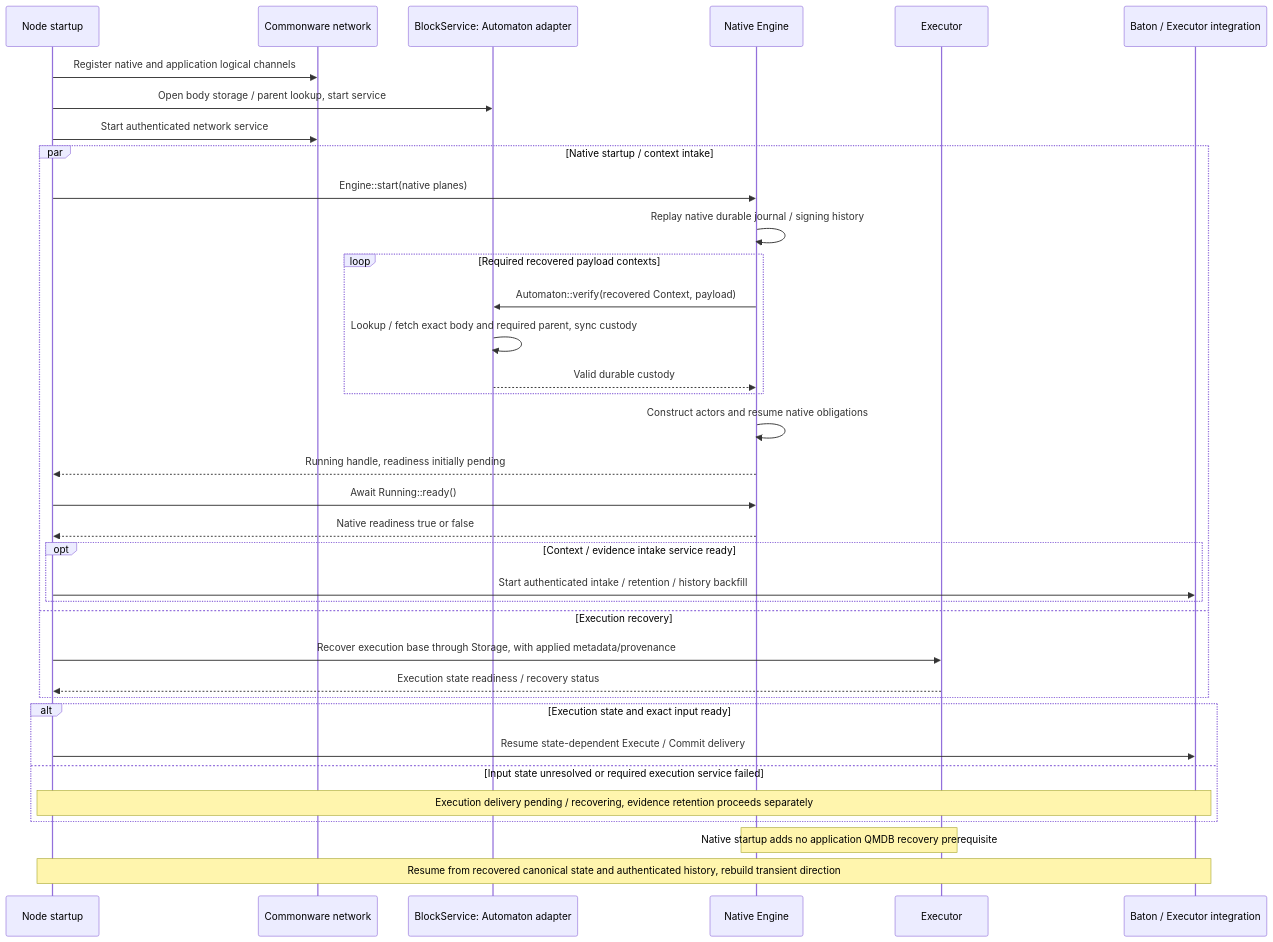
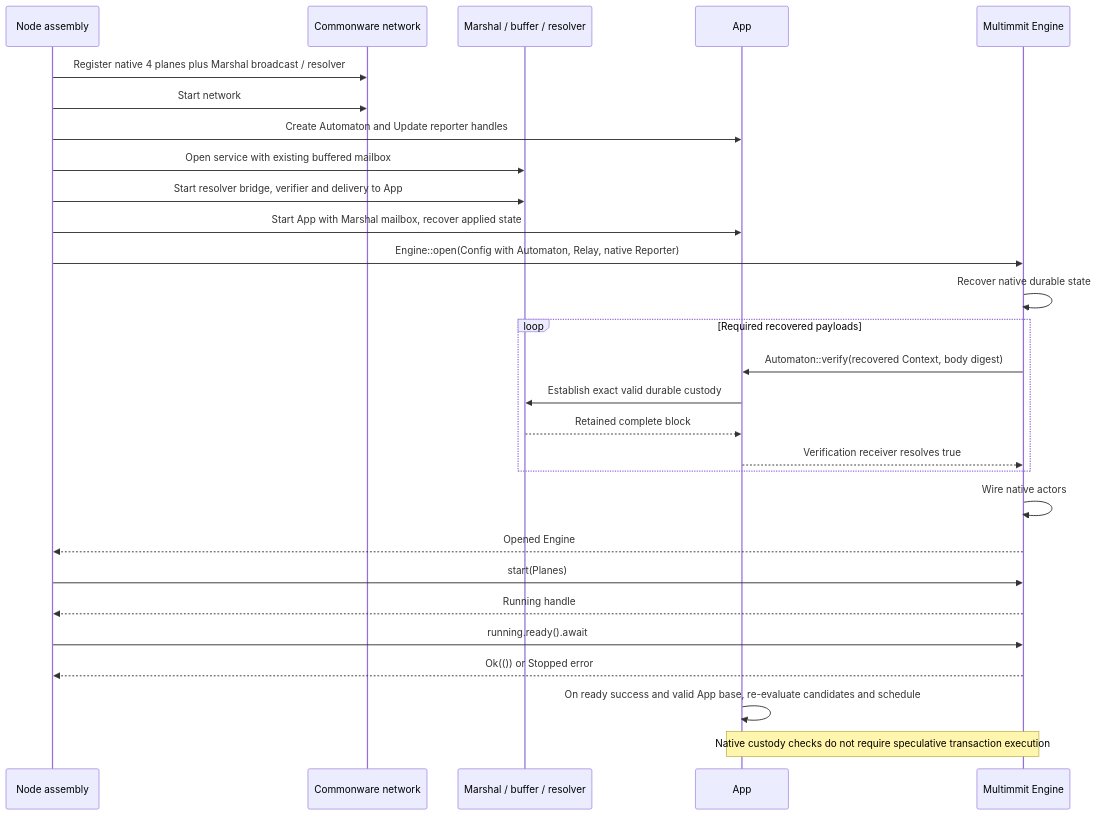
Before and after one commit to djm07073/baton-research: the first of 2 diagrams in docs/e2e/recovery.md, drawn with Mermaid. The commit also changed other lines of this file and 292 other files, not shown here.

Commit message:
docs: redesign Baton around App-owned scheduling

````diff
--- a/docs/e2e/recovery.md
+++ b/docs/e2e/recovery.md
@@ -7,38 +9,30 @@
 ```mermaid
 sequenceDiagram
-    participant S as Node startup
+    participant O as Node assembly
     participant W as Commonware network
-    participant A as BlockService: Automaton adapter
-    participant N as Native Engine
-    participant E as Executor
-    participant B as Baton / Executor integration
-    S->>W: Register native and application logical channels
-    S->>A: Open body storage / parent lookup, start service
-    S->>W: Start authenticated network service
-    par Native startup / context intake
-        S->>N: Engine::start(native planes)
-        N->>N: Replay native durable journal / signing history
-        loop Required recovered payload contexts
-            N->>A: Automaton::verify(recovered Context, payload)
-            A->>A: Lookup / fetch exact body and required parent, sync custody
-            A-->>N: Valid durable custody
-        end
-        N->>N: Construct actors and resume native obligations
-        N-->>S: Running handle, readiness initially pending
-        S->>N: Await Running::ready()
-        N-->>S: Native readiness true or false
-        opt Context / evidence intake service ready
-            S->>B: Start authenticated intake / retention / history backfill
-        end
-    and Execution recovery
-        S->>E: Recover execution base through Storage, with applied metadata/provenance
-        E-->>S: Execution state readiness / recovery status
+    participant M as Marshal / buffer / resolver
+    participant A as App
+    participant N as Multimmit Engine
+    O->>W: Register native 4 planes plus Marshal broadcast / resolver
+    O->>W: Start network
+    O->>A: Create Automaton and Update reporter handles
+    O->>M: Open service with existing buffered mailbox
+    O->>M: Start resolver bridge, verifier and delivery to App
+    O->>A: Start App with Marshal mailbox, recover applied state
+    O->>N: Engine::open(Config with Automaton, Relay, native Reporter)
+    N->>N: Recover native durable state
+    loop Required recovered payloads
+        N->>A: Automaton::verify(recovered Context, body digest)
+        A->>M: Establish exact valid durable custody
+        M-->>A: Retained complete block
+        A-->>N: Verification receiver resolves true
     end
-    alt Execution state and exact input ready
-        S->>B: Resume state-dependent Execute / Commit delivery
-    else Input state unresolved or required execution service failed
-        Note over S,B: Execution delivery pending / recovering, evidence retention proceeds separately
-    end
-    Note over N,E: Native startup adds no application QMDB recovery prerequisite
-    Note over S,B: Resume from recovered canonical state and authenticated history, rebuild transient direction
+    N->>N: Wire native actors
+    N-->>O: Opened Engine
+    O->>N: start(Planes)
+    N-->>O: Running handle
+    O->>N: running.ready().await
+    N-->>O: Ok(()) or Stopped error
+    A->>A: On ready success and valid App base, re-evaluate candidates and schedule
+    Note over A,N: Native custody checks do not require speculative transaction execution
 ```
````
